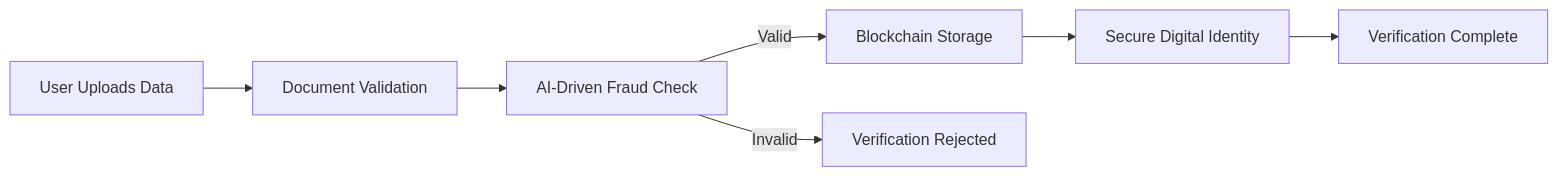
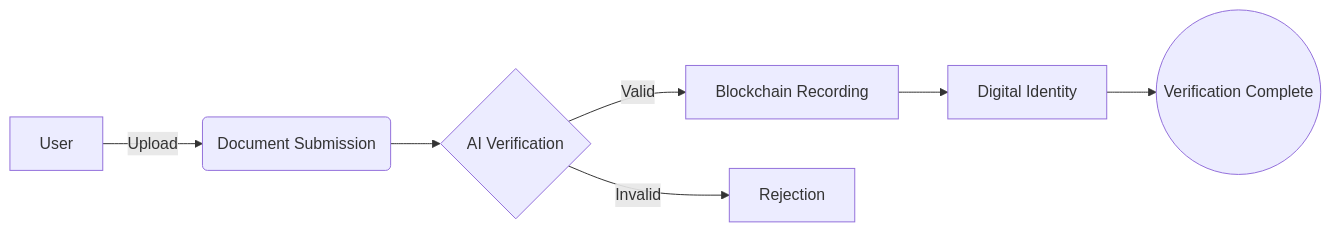
One commit to project-ivs/frontend changed the diagram in README.md. Above: the diagram before and after it, drawn with Mermaid. The commit also changed other lines of this file, not shown here.

````diff
--- a/README.md
+++ b/README.md
@@ -101,9 +105,9 @@
 ```mermaid
 graph LR
-    User[User Uploads Data] --> Document[Document Validation]
-    Document --> AI[AI-Driven Fraud Check]
-    AI -->|Valid| Blockchain[Blockchain Storage]
-    AI -->|Invalid| Rejection[Verification Rejected]
-    Blockchain --> Identity[Secure Digital Identity]
-    Identity --> Complete[Verification Complete]
+    A[User] -->|Upload| B(Document Submission)
+    B --> C{AI Verification}
+    C -->|Valid| D[Blockchain Recording]
+    C -->|Invalid| E[Rejection]
+    D --> F[Digital Identity]
+    F --> G((Verification Complete))
 ```
````
